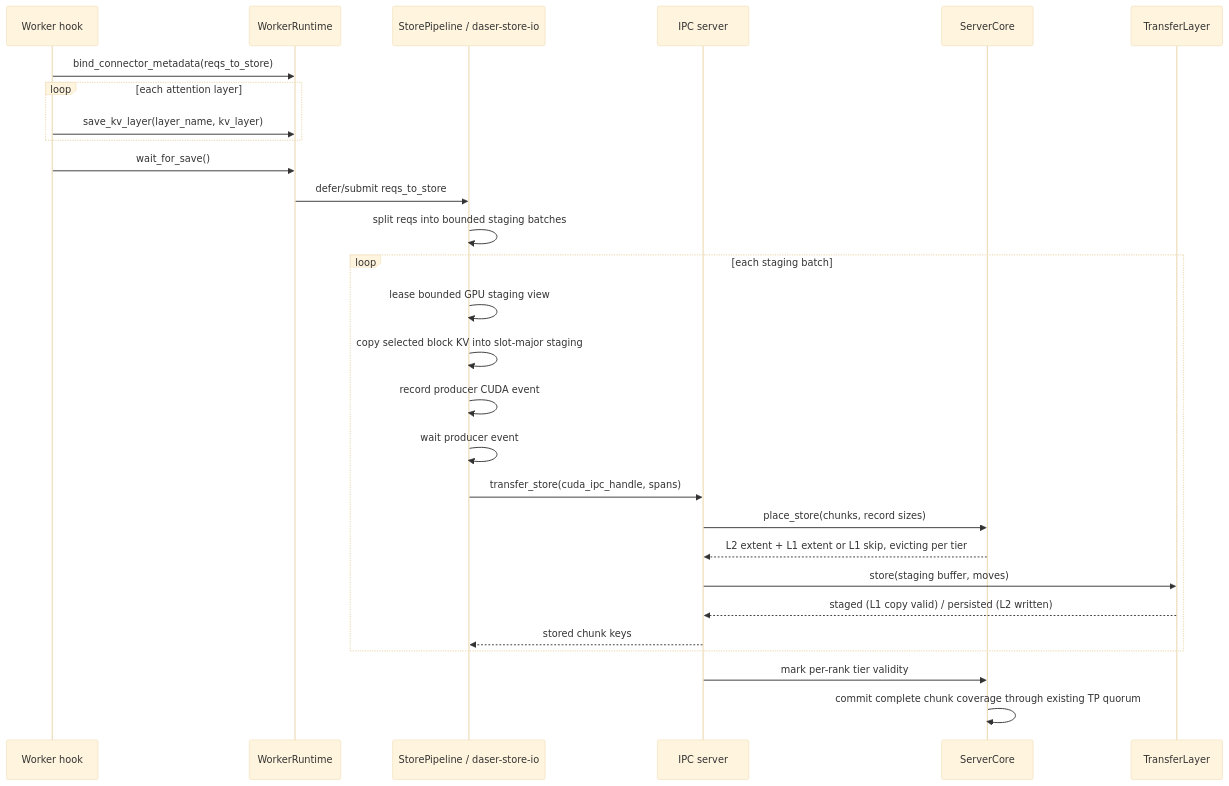
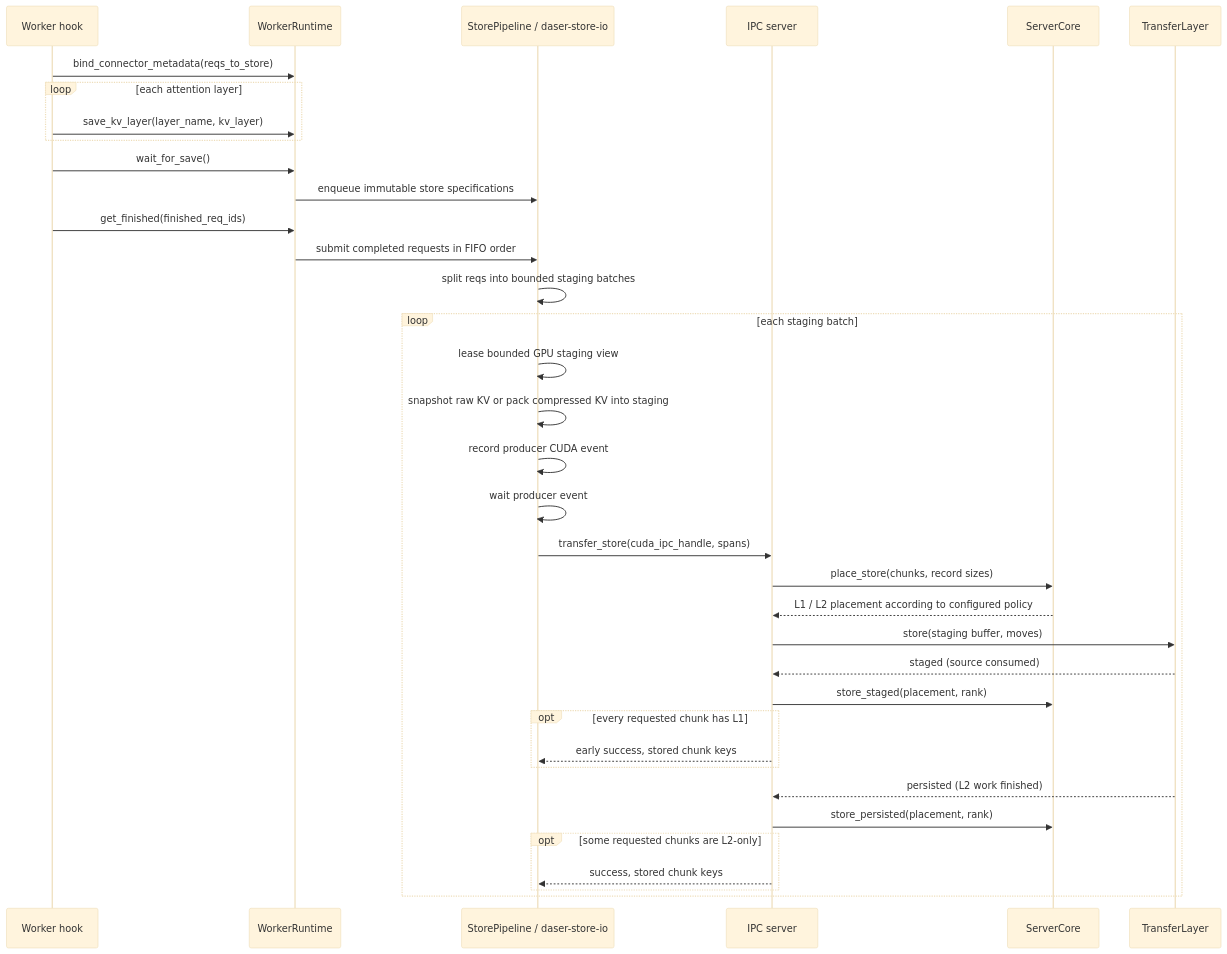
The fourth of 8 diagrams in docs/design/flows.md (7774596/DaseR), drawn with Mermaid (base theme) before and after one commit. The commit also changed other lines of this file and 11 other files, not shown here.

First line of the commit message:
docs(server): sync architecture and design documentation

````diff
--- a/docs/design/flows.md
+++ b/docs/design/flows.md
@@ -109,31 +122,39 @@
 ```mermaid
 sequenceDiagram
     participant W as Worker hook
     participant WR as WorkerRuntime
     participant BG as StorePipeline / daser-store-io
     participant IPC as IPC server
     participant C as ServerCore
     participant TL as TransferLayer
 
     W->>WR: bind_connector_metadata(reqs_to_store)
     loop each attention layer
         W->>WR: save_kv_layer(layer_name, kv_layer)
     end
     W->>WR: wait_for_save()
-    WR->>BG: defer/submit reqs_to_store
+    WR->>BG: enqueue immutable store specifications
+    W->>WR: get_finished(finished_req_ids)
+    WR->>BG: submit completed requests in FIFO order
     BG->>BG: split reqs into bounded staging batches
     loop each staging batch
         BG->>BG: lease bounded GPU staging view
-        BG->>BG: copy selected block KV into slot-major staging
+        BG->>BG: snapshot raw KV or pack compressed KV into staging
         BG->>BG: record producer CUDA event
         BG->>BG: wait producer event
         BG->>IPC: transfer_store(cuda_ipc_handle, spans)
         IPC->>C: place_store(chunks, record sizes)
-        C-->>IPC: L2 extent + L1 extent or L1 skip, evicting per tier
+        C-->>IPC: L1 / L2 placement according to configured policy
         IPC->>TL: store(staging buffer, moves)
-        TL-->>IPC: staged (L1 copy valid) / persisted (L2 written)
-        IPC-->>BG: stored chunk keys
+        TL-->>IPC: staged (source consumed)
+        IPC->>C: store_staged(placement, rank)
+        opt every requested chunk has L1
+            IPC-->>BG: early success, stored chunk keys
+        end
+        TL-->>IPC: persisted (L2 work finished)
+        IPC->>C: store_persisted(placement, rank)
+        opt some requested chunks are L2-only
+            IPC-->>BG: success, stored chunk keys
+        end
     end
-    IPC->>C: mark per-rank tier validity
-    C->>C: commit complete chunk coverage through existing TP quorum
 ```
````
